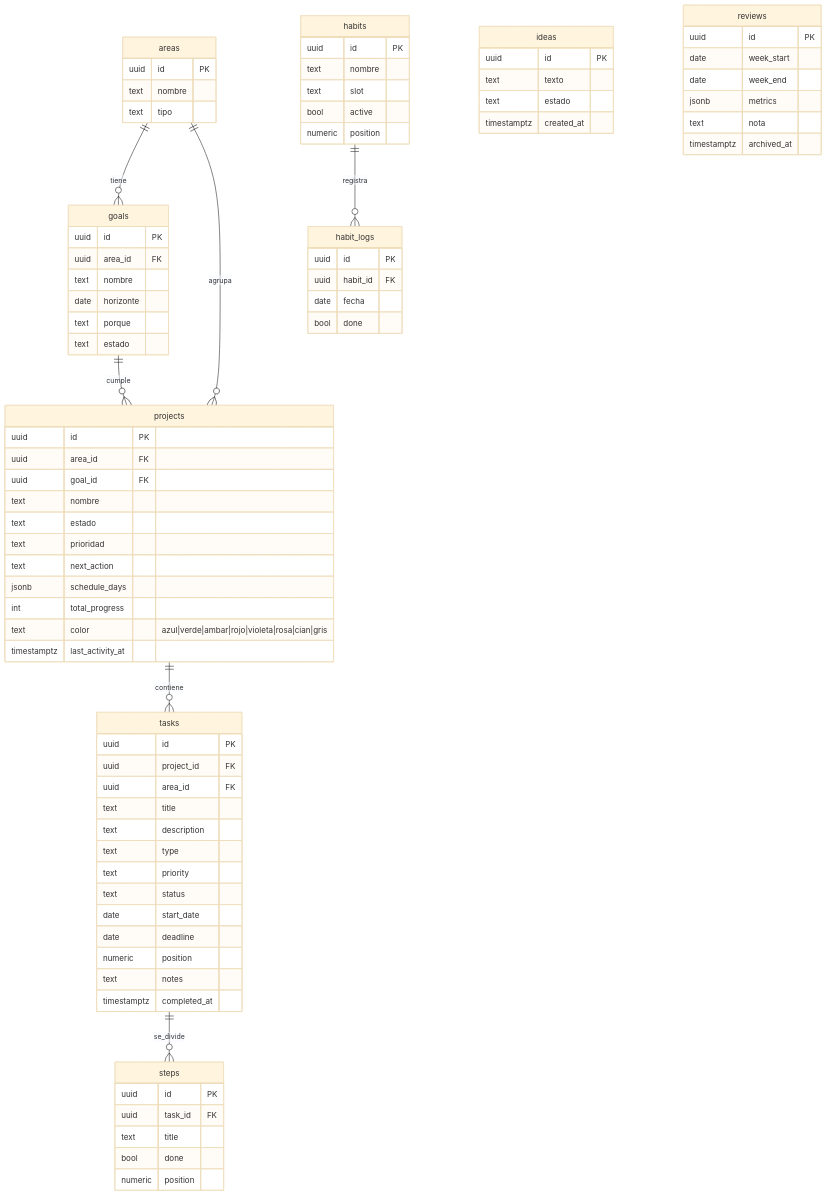
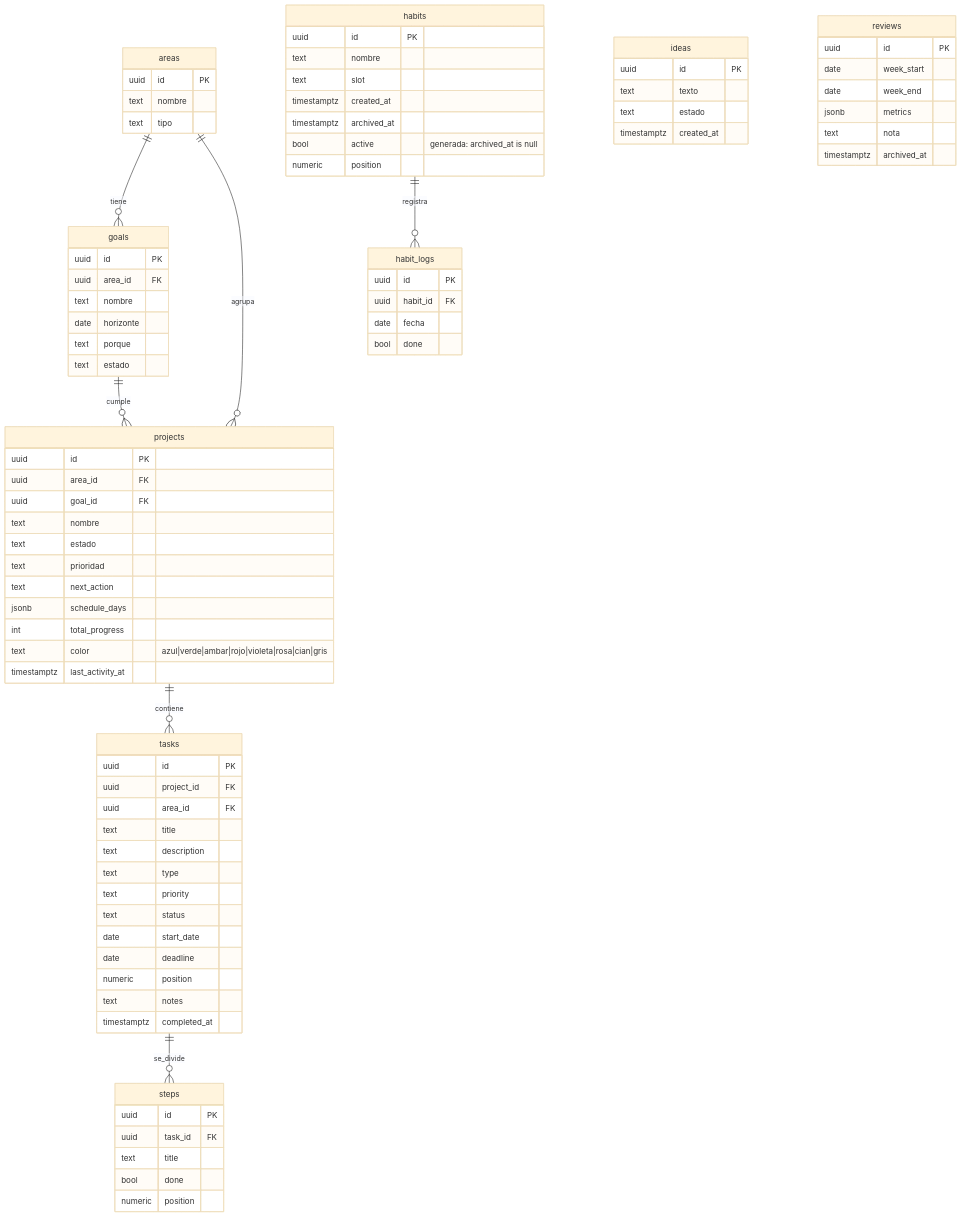
The diagram in docs/DATA-MODEL.md (csr9497/second-brain), drawn with Mermaid (base theme) before and after one commit. The commit also changed other lines of this file and 1 other file, not shown here.

Commit message:
docs: racha por vigencia y ciclo de vida de hábitos

```diff
--- a/docs/DATA-MODEL.md
+++ b/docs/DATA-MODEL.md
@@ -63,7 +63,9 @@
     uuid id PK
     text nombre
     text slot
-    bool active
+    timestamptz created_at
+    timestamptz archived_at
+    bool active "generada: archived_at is null"
     numeric position
   }
   habit_logs {
```
